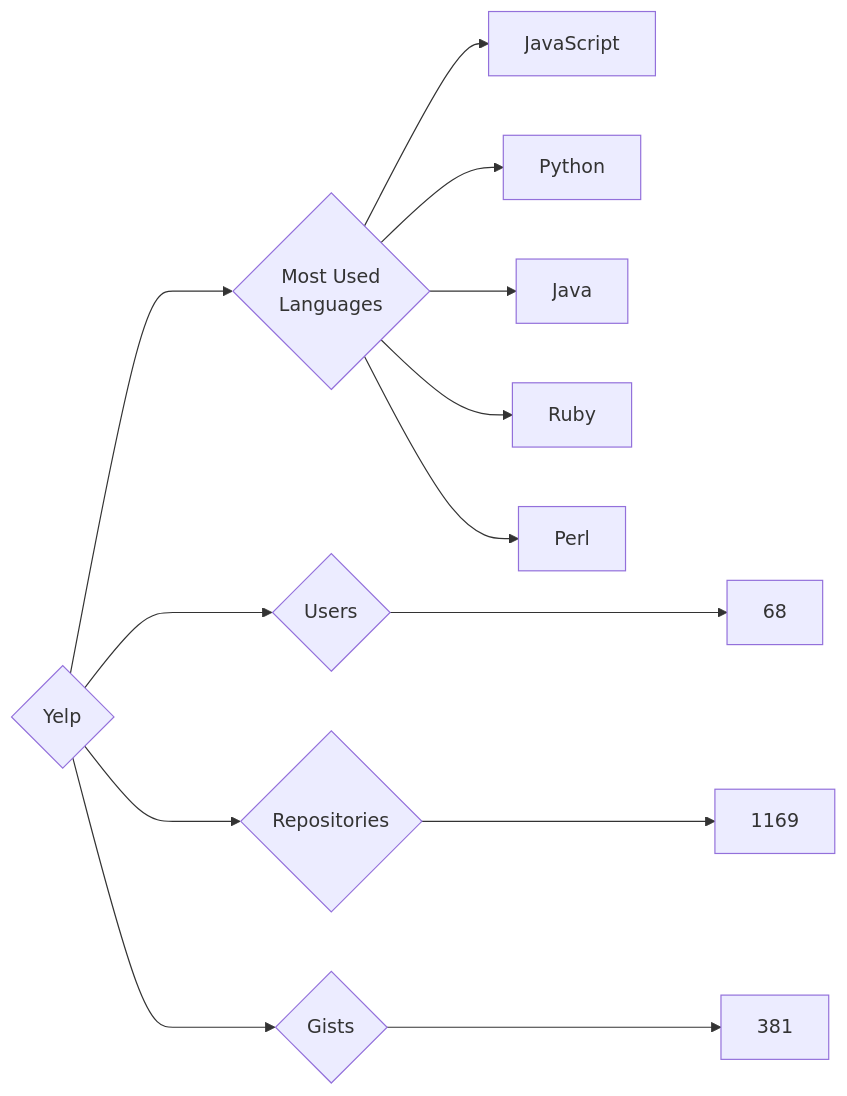
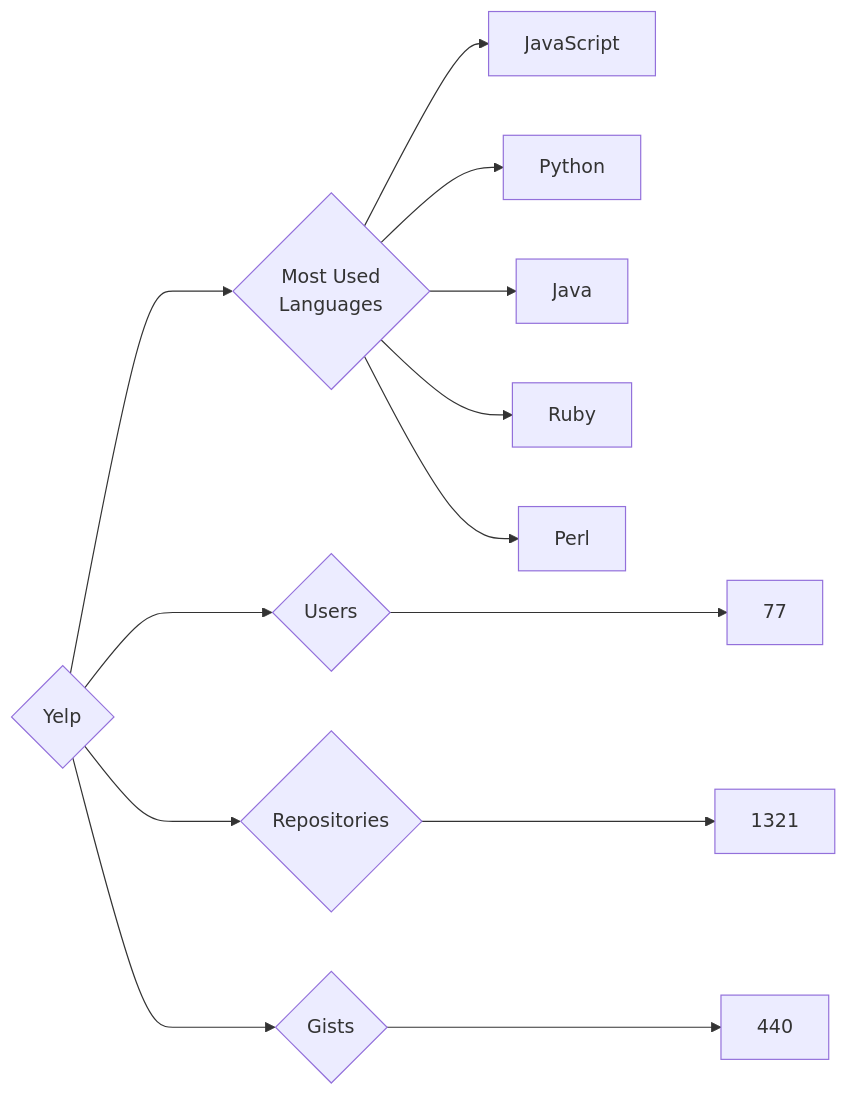
Before and after one commit to trickest/insiders: the diagram in targets/Yelp/README.md, drawn with Mermaid. The commit also changed 839 other files, not shown here.

````diff
--- a/targets/Yelp/README.md
+++ b/targets/Yelp/README.md
@@ -3,13 +3,13 @@
 ```mermaid
 graph LR
 COMPANY_NAME{Yelp}
-COMPANY_NAME ---> U{Users} ---> UN[68]
-COMPANY_NAME ---> R{Repositories} ---> RN[1169]
-COMPANY_NAME ---> G{Gists} ---> GN[381]
+COMPANY_NAME ---> U{Users} ---> UN[77]
+COMPANY_NAME ---> R{Repositories} ---> RN[1321]
+COMPANY_NAME ---> G{Gists} ---> GN[440]
 COMPANY_NAME ---> ML{Most Used<br>Languages}
 ML --> JavaScript[JavaScript]
 ML --> Python[Python]
 ML --> Java[Java]
 ML --> Ruby[Ruby]
 ML --> Perl[Perl]
 ```
````
